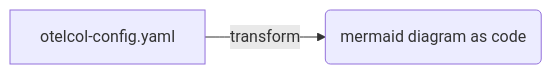
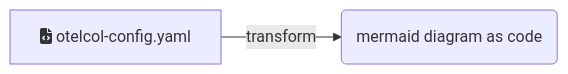
One commit to devrimdemiroz/devrimdemiroz.github.io changed the first of 2 diagrams in docs/ideas/otelcol-mermaid-visualizer.md. Above: the diagram before and after it, drawn with Mermaid. The commit also changed other lines of this file and 4 other files, not shown here.

````diff
--- a/docs/ideas/otelcol-mermaid-visualizer.md
+++ b/docs/ideas/otelcol-mermaid-visualizer.md
@@ -9,4 +14,6 @@
 ```mermaid
 flowchart LR
-otelcol-config.yaml-->|transform|mermaid(mermaid diagram as code)
+
+
+otelcol-config.yaml[fa:fa-file-code otelcol-config.yaml]-->|transform|mermaid(mermaid diagram as code)
 ```
````
